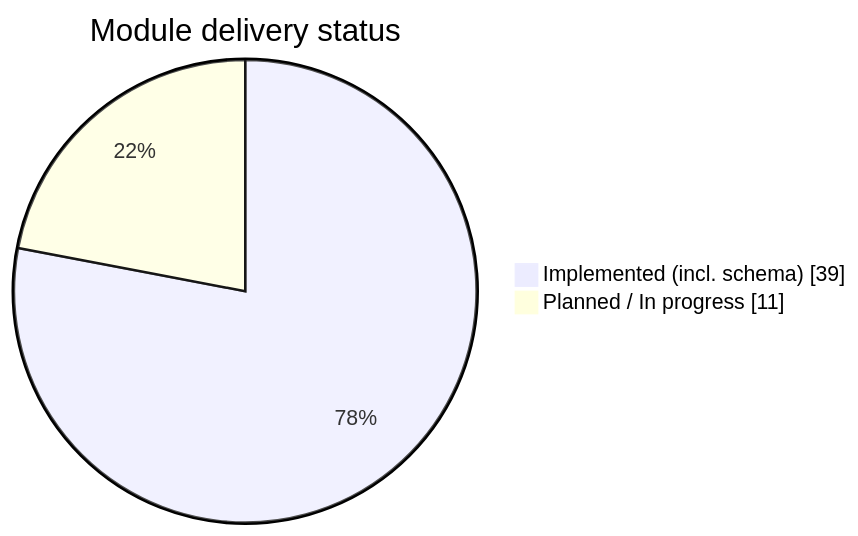
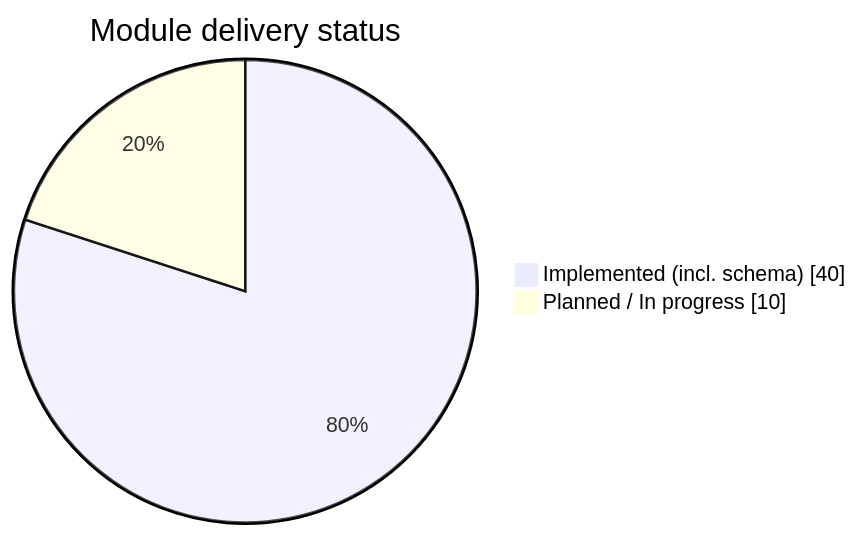
One commit to RITH-1437/educore changed the first of 2 diagrams in docs/6_Module-Status-and-Roadmap.md. Above: the diagram before and after it, drawn with Mermaid. The commit also changed other lines of this file and 12 other files, not shown here.

````diff
--- a/docs/6_Module-Status-and-Roadmap.md
+++ b/docs/6_Module-Status-and-Roadmap.md
@@ -47,6 +47,6 @@
 ```mermaid
 pie showData
   title Module delivery status
-  "Implemented (incl. schema)" : 39
-  "Planned / In progress" : 11
+  "Implemented (incl. schema)" : 40
+  "Planned / In progress" : 10
 ```
````
